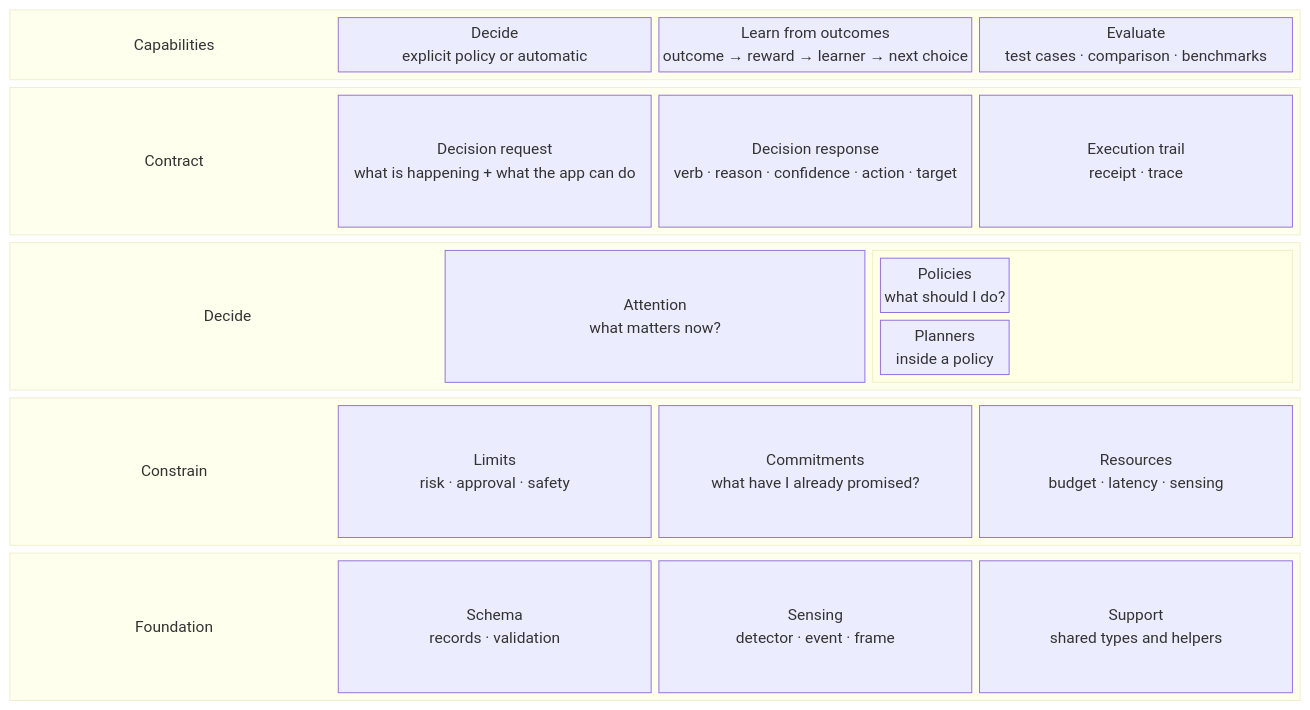
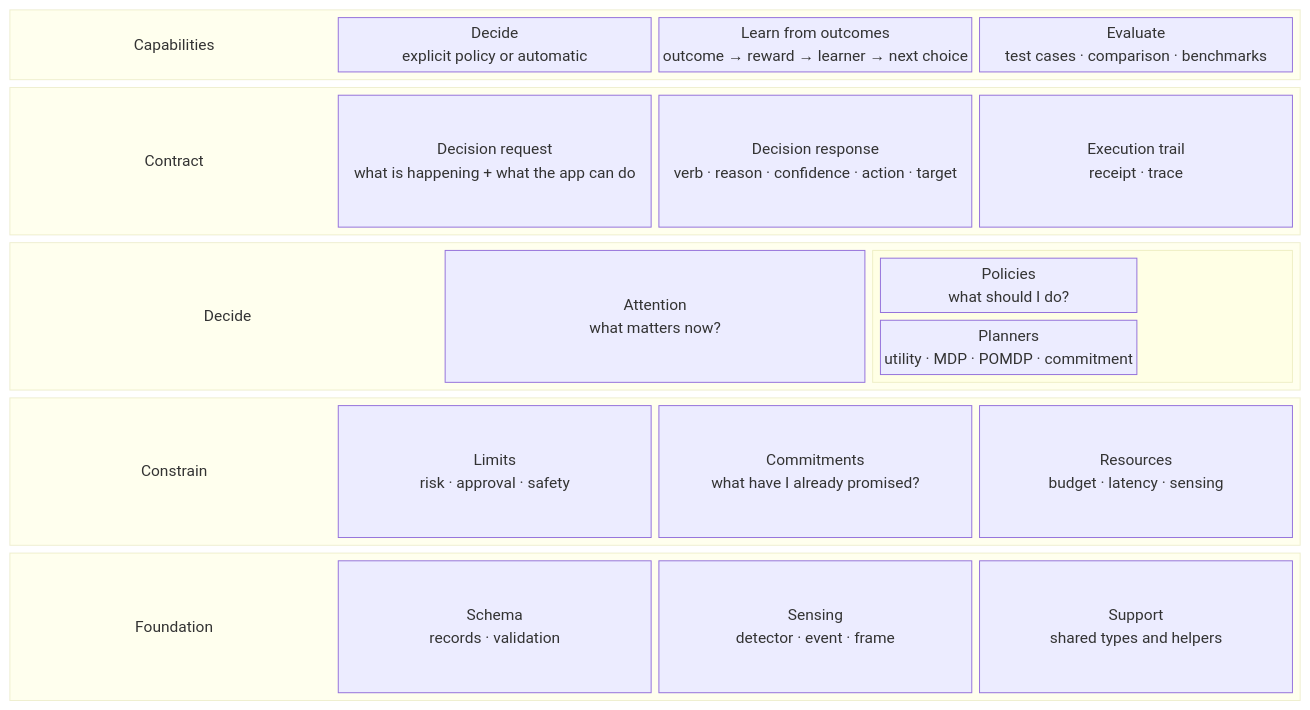
Before and after one commit to michaelatamuk/laix: the diagram in docs/02-core/00-architecture.md, drawn with Mermaid. The commit also changed other lines of this file and 18 other files, not shown here.

````diff
--- a/docs/02-core/00-architecture.md
+++ b/docs/02-core/00-architecture.md
@@ -6,53 +6,53 @@
 ```mermaid
 block-beta
     columns 1
 
     block:capabilities
         columns 4
         capabilities_label["Capabilities"]
         decide["Decide<br/>explicit policy or automatic"]
         learn["Learn from outcomes<br/>outcome → reward → learner → next choice"]
         evaluate["Evaluate<br/>test cases · comparison · benchmarks"]
     end
 
     block:contract
         columns 4
         contract_label["Contract"]
         request["Decision request<br/>what is happening + what the app can do"]
         response["Decision response<br/>verb · reason · confidence · action · target"]
         trail["Execution trail<br/>receipt · trace"]
     end
 
     block:decide_layer
         columns 3
         decide_layer_label["Decide"]
         attention["Attention<br/>what matters now?"]
         block:policy_group
             columns 1
             policies["Policies<br/>what should I do?"]
-            planners["Planners<br/>inside a policy"]
+            planners["Planners<br/>utility · MDP · POMDP · commitment"]
         end
     end
 
     block:constrain_layer
         columns 4
         constrain_layer_label["Constrain"]
         limits["Limits<br/>risk · approval · safety"]
         commitments["Commitments<br/>what have I already promised?"]
         resources["Resources<br/>budget · latency · sensing"]
     end
 
     block:foundation
         columns 4
         foundation_label["Foundation"]
         schema["Schema<br/>records · validation"]
         sensing["Sensing<br/>detector · event · frame"]
         support["Support<br/>shared types and helpers"]
     end
 
     style capabilities_label fill:transparent,stroke:transparent,font-size:22px,font-weight:bold
     style contract_label fill:transparent,stroke:transparent,font-size:14px,font-weight:bold
     style decide_layer_label fill:transparent,stroke:transparent,font-weight:bold
     style constrain_layer_label fill:transparent,stroke:transparent,font-weight:bold
     style foundation_label fill:transparent,stroke:transparent,font-weight:bold
 ```
````
